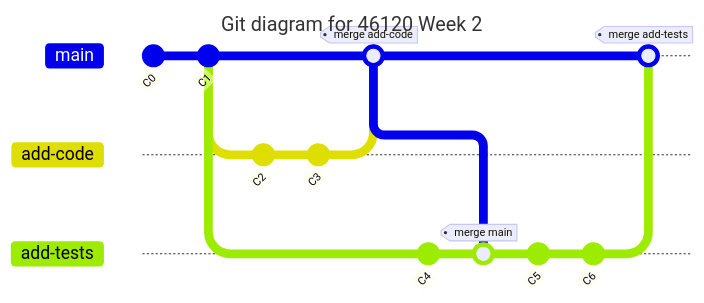
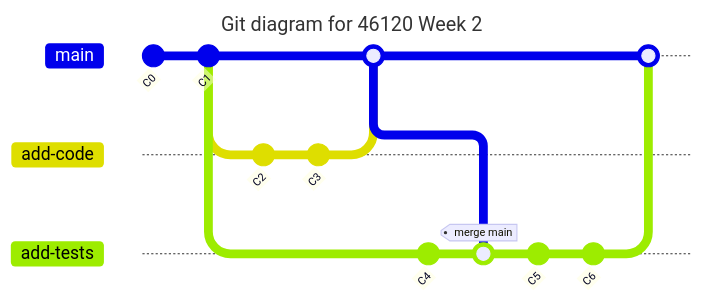
One commit to DTUWind-46120-2026/46120-PiWE changed the first of 2 diagrams in week02_functions_tests/README.md. Above: the diagram before and after it, drawn with Mermaid. The commit also changed other lines of this file, not shown here.

Commit message:
fixing rebase diagram

````diff
--- a/week02_functions_tests/README.md
+++ b/week02_functions_tests/README.md
@@ -26,28 +26,30 @@
 ```mermaid
 ---
 title: Git diagram for 46120 Week 2
 ---
 gitGraph
    commit id: "C0"
    commit id: "C1"
    branch add-code
    branch add-tests
 
    %% add-code updates
    checkout add-code
    commit id: "C2"
    commit id: "C3"
 
    %% merge add-code into main
    checkout main
-   merge add-code tag: "merge add-code"
+   merge add-code
 
    %% add-tests updates
    checkout add-tests
    commit id: "C4"
    merge main tag: "merge main"
    commit id: "C5"
    commit id: "C6"
+
+   %% merge into main
    checkout main
-   merge add-tests tag: "merge add-tests"
+   merge add-tests
 ```
````
